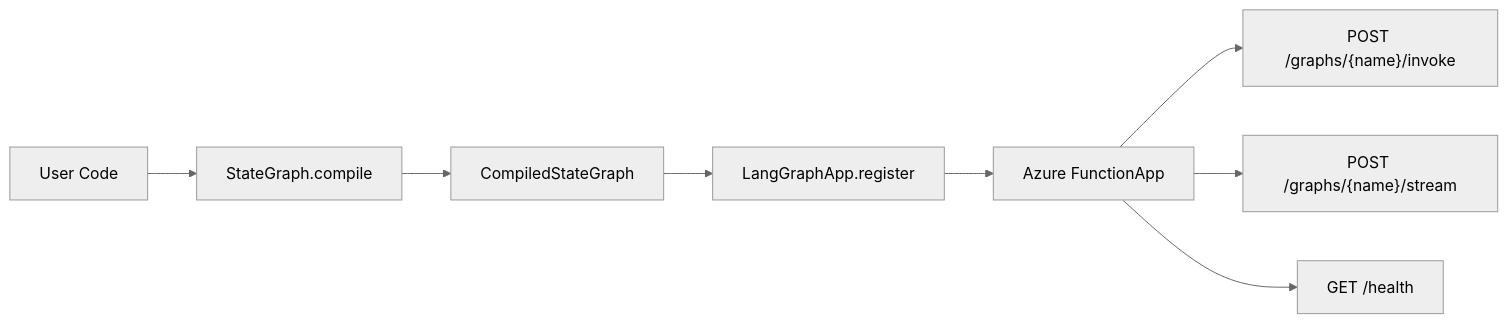
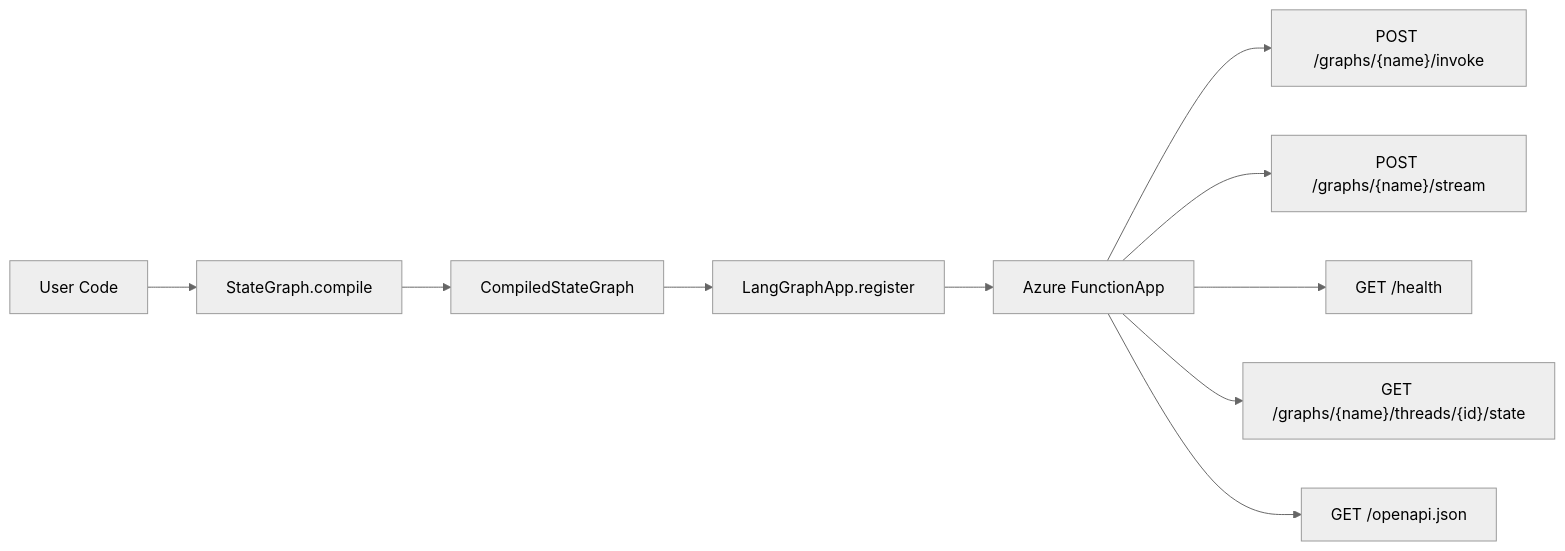
The first of 3 diagrams in docs/architecture.md (yeongseon/azure-functions-langgraph-python), drawn with Mermaid (neutral theme) before and after one commit. The commit also changed other lines of this file and 6 other files, not shown here.

````diff
--- a/docs/architecture.md
+++ b/docs/architecture.md
@@ -7,10 +7,12 @@
 ```mermaid
 flowchart LR
     A[User Code] --> B[StateGraph.compile]
     B --> C[CompiledStateGraph]
     C --> D[LangGraphApp.register]
     D --> E[Azure FunctionApp]
     E --> F["POST /graphs/{name}/invoke"]
     E --> G["POST /graphs/{name}/stream"]
     E --> H[GET /health]
+    E --> I["GET /graphs/{name}/threads/{id}/state"]
+    E --> J[GET /openapi.json]
 ```
````
